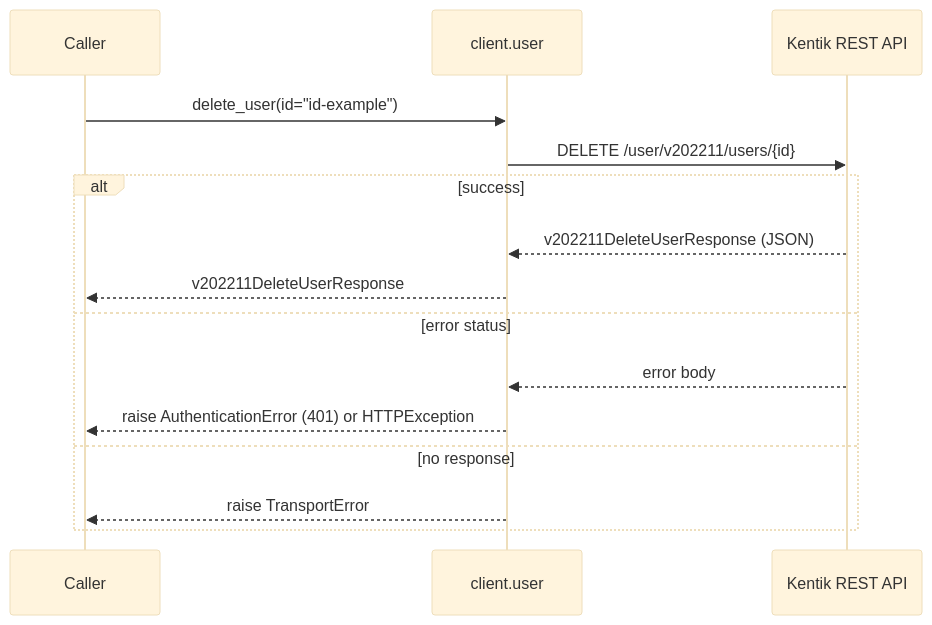
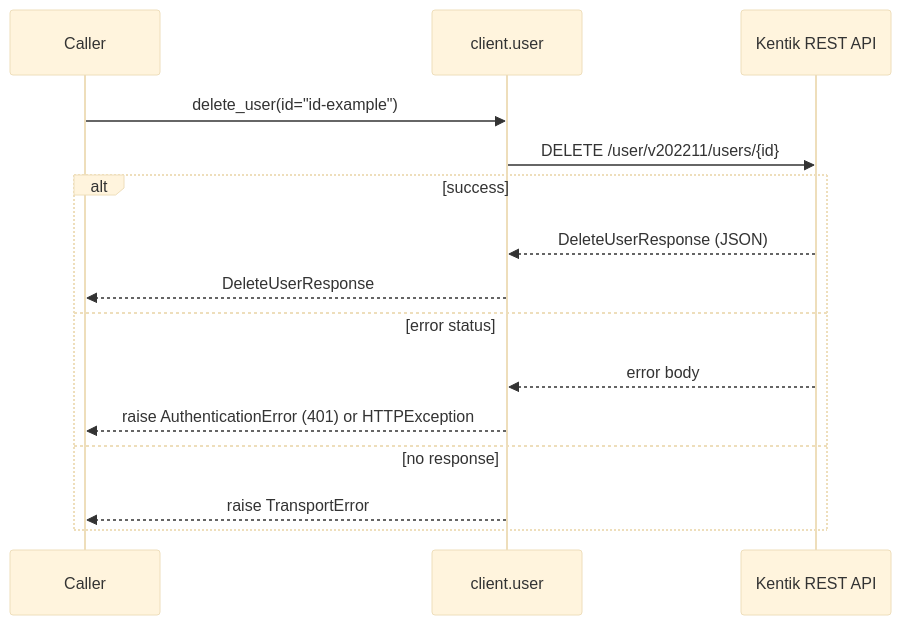
One commit to alexdearaujo/community_sdk_python changed the tenth of 16 diagrams in docs/sphinx/services/user.md. Above: the diagram before and after it, drawn with Mermaid (base theme). The commit also changed other lines of this file and 38 other files, not shown here.

````diff
--- a/docs/sphinx/services/user.md
+++ b/docs/sphinx/services/user.md
@@ -336,18 +336,18 @@
 ```mermaid
 sequenceDiagram
     participant C as Caller
     participant W as client.user
     participant API as Kentik REST API
 
     C->>W: delete_user(id="id-example")
     W->>API: DELETE /user/v202211/users/{id}
     alt success
-        API-->>W: v202211DeleteUserResponse (JSON)
-        W-->>C: v202211DeleteUserResponse
+        API-->>W: DeleteUserResponse (JSON)
+        W-->>C: DeleteUserResponse
     else error status
         API-->>W: error body
         W-->>C: raise AuthenticationError (401) or HTTPException
     else no response
         W-->>C: raise TransportError
     end
 ```
````
